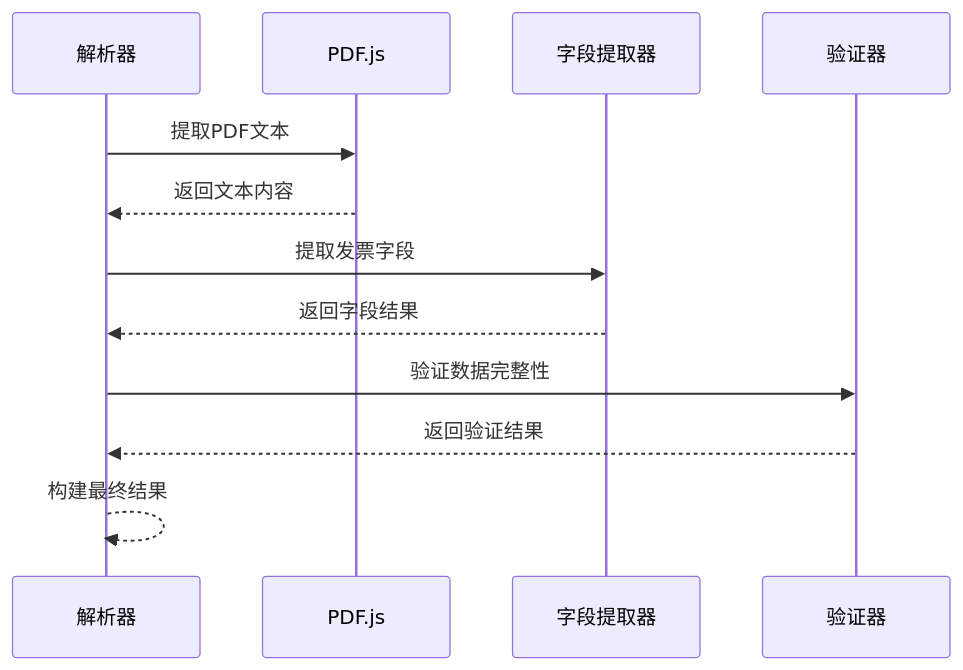
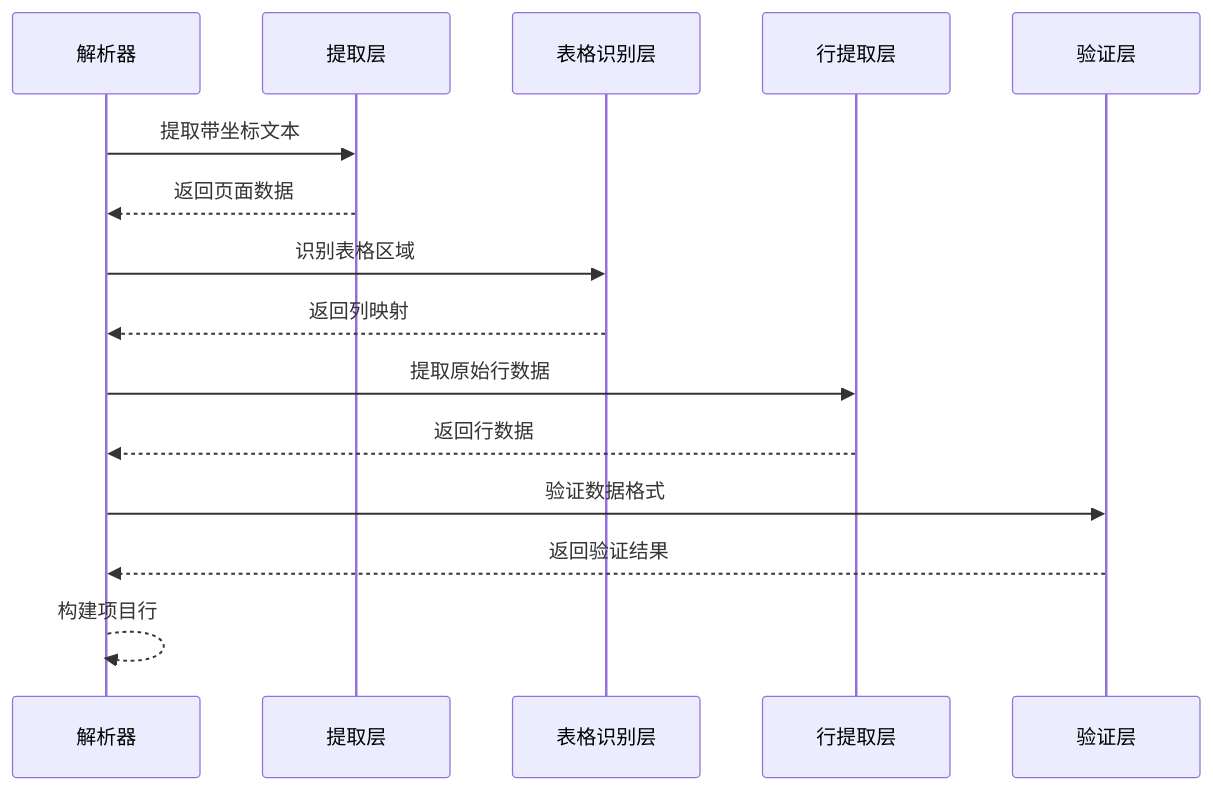
Before and after one commit to dunhuixiao/FinanceTools: the fifth of 8 diagrams in .qoder/repowiki/zh/content/发票解析功能/发票解析功能.md, drawn with Mermaid. The commit also changed other lines of this file and 20 other files, not shown here.

````diff
--- a/.qoder/repowiki/zh/content/发票解析功能/发票解析功能.md
+++ b/.qoder/repowiki/zh/content/发票解析功能/发票解析功能.md
@@ -221,14 +279,17 @@
 ```mermaid
 sequenceDiagram
 participant P as 解析器
-participant PDF as PDF.js
-participant E as 字段提取器
-participant V as 验证器
-P->>PDF : 提取PDF文本
-PDF-->>P : 返回文本内容
-P->>E : 提取发票字段
-E-->>P : 返回字段结果
-P->>V : 验证数据完整性
+participant E as 提取层
+participant T as 表格识别层
+participant R as 行提取层
+participant V as 验证层
+P->>E : 提取带坐标文本
+E-->>P : 返回页面数据
+P->>T : 识别表格区域
+T-->>P : 返回列映射
+P->>R : 提取原始行数据
+R-->>P : 返回行数据
+P->>V : 验证数据格式
 V-->>P : 返回验证结果
-P-->>P : 构建最终结果
+P-->>P : 构建项目行
 ```
````
